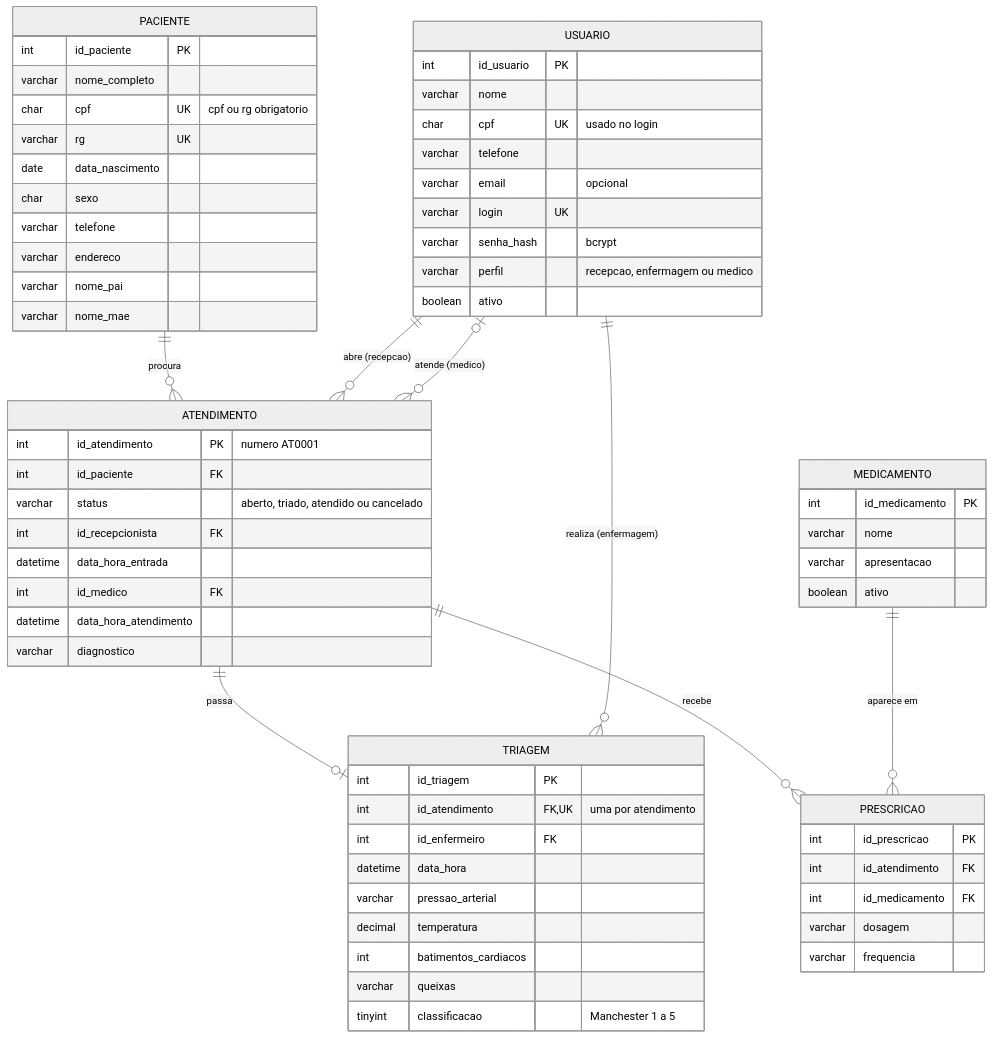
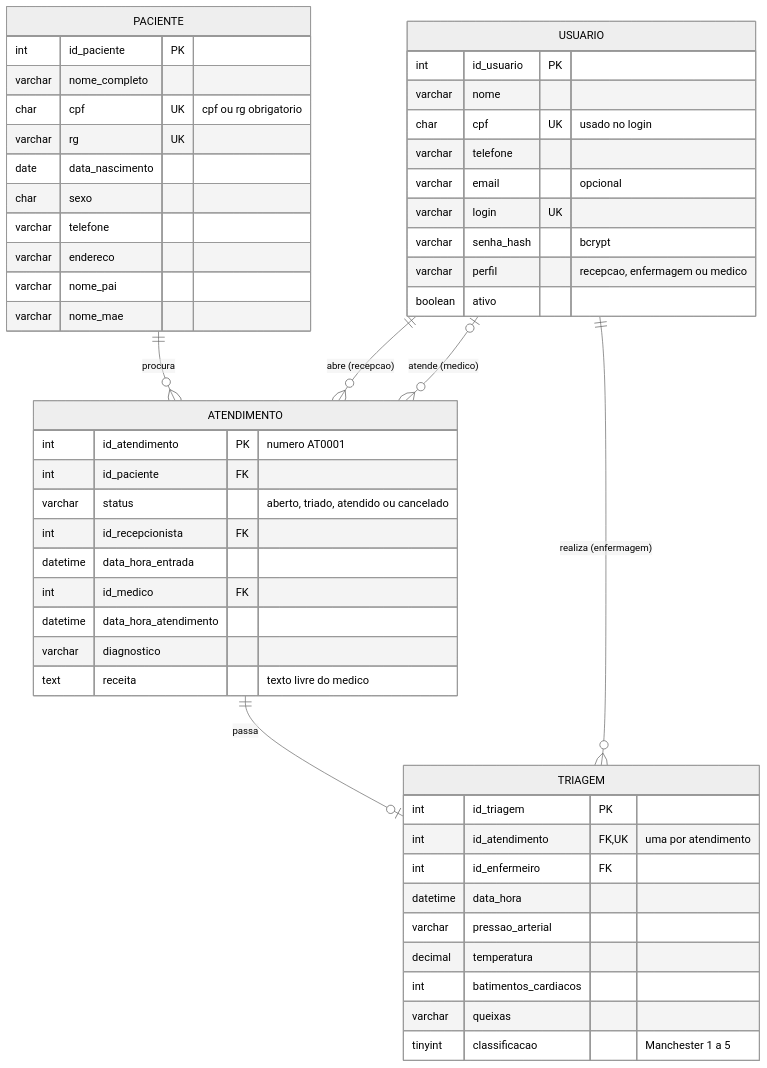
The second of 2 diagrams in README.md (OtavioFelix-in/Projeto-Integrador2), drawn with Mermaid (neutral theme) before and after one commit. The commit also changed other lines of this file and 11 other files, not shown here.

First line of the commit message:
Sessão no servidor com perfil por rota, receita em texto livre e correção do Voltar/Avançar

````diff
--- a/README.md
+++ b/README.md
@@ -127,73 +126,58 @@
 ```mermaid
 erDiagram
     PACIENTE ||--o{ ATENDIMENTO : "procura"
     ATENDIMENTO ||--o| TRIAGEM : "passa"
-    ATENDIMENTO ||--o{ PRESCRICAO : "recebe"
-    MEDICAMENTO ||--o{ PRESCRICAO : "aparece em"
     USUARIO ||--o{ ATENDIMENTO : "abre (recepcao)"
     USUARIO ||--o{ TRIAGEM : "realiza (enfermagem)"
     USUARIO |o--o{ ATENDIMENTO : "atende (medico)"
 
     USUARIO {
         int id_usuario PK
         varchar nome
         char cpf UK "usado no login"
         varchar telefone
         varchar email "opcional"
         varchar login UK
         varchar senha_hash "bcrypt"
         varchar perfil "recepcao, enfermagem ou medico"
         boolean ativo
     }
 
     PACIENTE {
         int id_paciente PK
         varchar nome_completo
         char cpf UK "cpf ou rg obrigatorio"
         varchar rg UK
         date data_nascimento
         char sexo
         varchar telefone
         varchar endereco
         varchar nome_pai
         varchar nome_mae
     }
 
     ATENDIMENTO {
         int id_atendimento PK "numero AT0001"
         int id_paciente FK
         varchar status "aberto, triado, atendido ou cancelado"
         int id_recepcionista FK
         datetime data_hora_entrada
         int id_medico FK
         datetime data_hora_atendimento
         varchar diagnostico
+        text receita "texto livre do medico"
     }
 
     TRIAGEM {
         int id_triagem PK
         int id_atendimento FK, UK "uma por atendimento"
         int id_enfermeiro FK
         datetime data_hora
         varchar pressao_arterial
         decimal temperatura
         int batimentos_cardiacos
         varchar queixas
         tinyint classificacao "Manchester 1 a 5"
     }
 
-    MEDICAMENTO {
-        int id_medicamento PK
-        varchar nome
-        varchar apresentacao
-        boolean ativo
-    }
-
-    PRESCRICAO {
-        int id_prescricao PK
-        int id_atendimento FK
-        int id_medicamento FK
-        varchar dosagem
-        varchar frequencia
-    }
 ```
````
